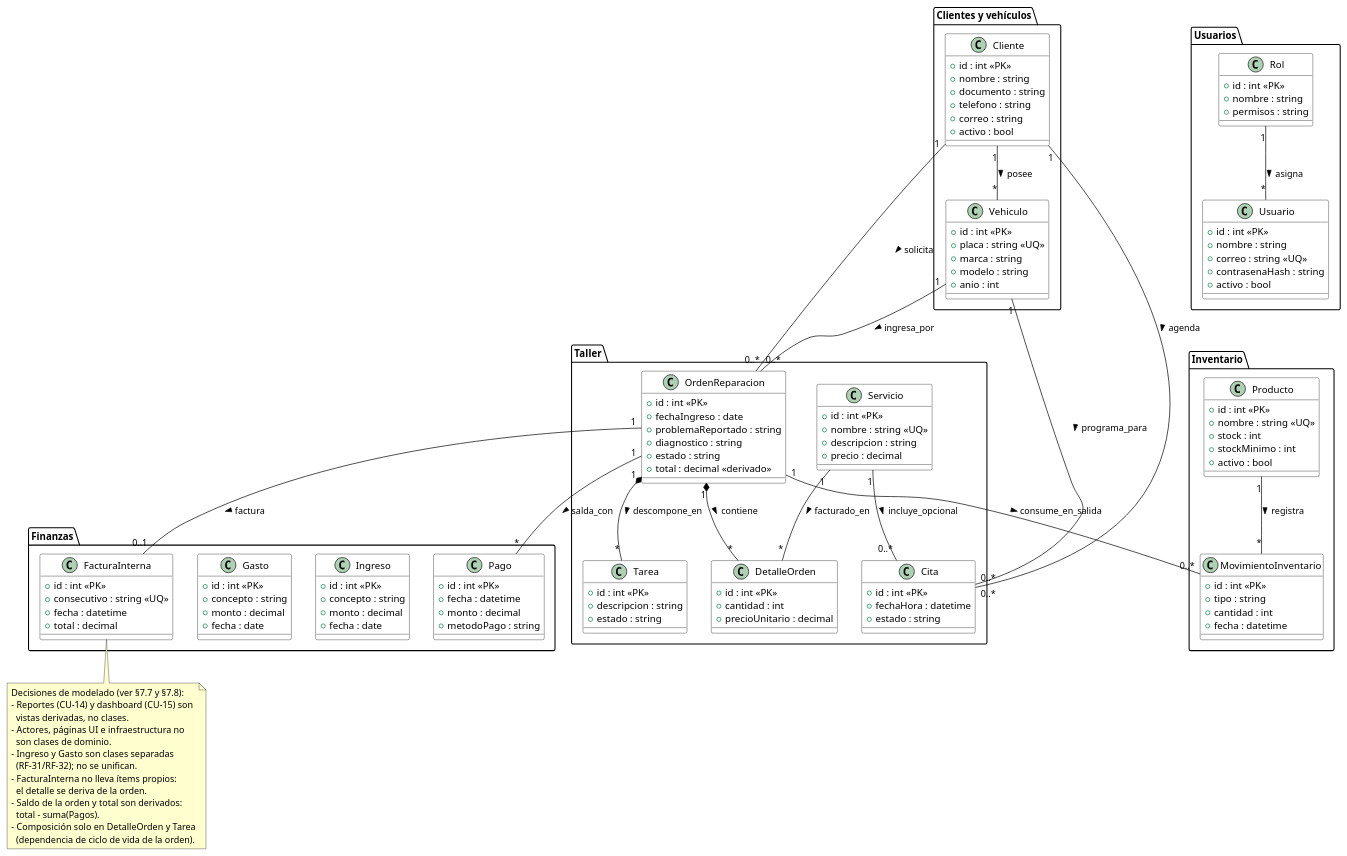
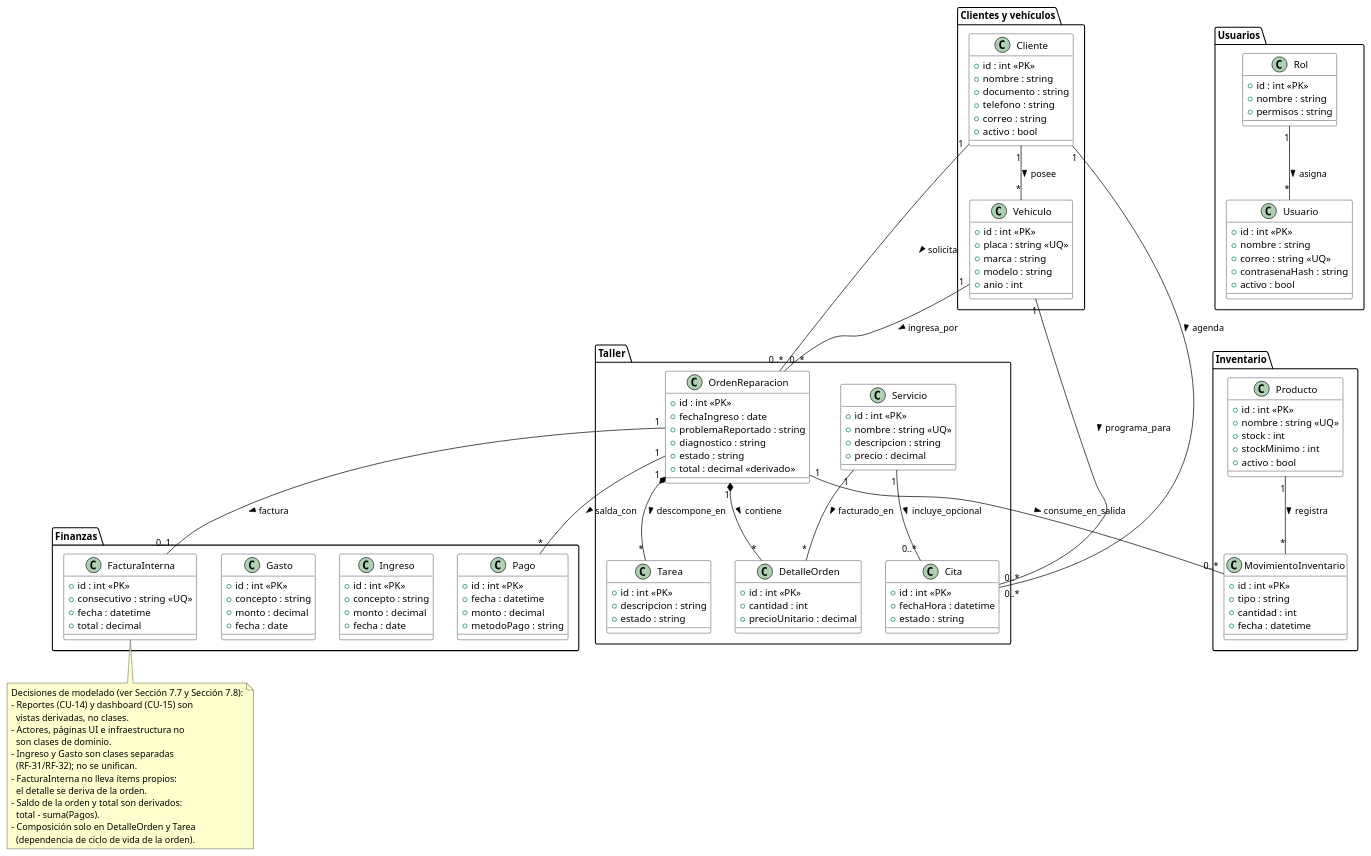
Before and after one commit to santty1906/TalleresPro: the diagram in Fase 1/diagrama_clases.puml, drawn with PlantUML. The commit also changed 22 other files, not shown here.

```diff
--- a/Fase 1/diagrama_clases.puml
+++ b/Fase 1/diagrama_clases.puml
@@ -1,190 +1,190 @@
 @startuml TalleresPro - Modelo de clases (Fase 1)
 ' ============================================================
 ' TalleresPro - Fase 1, Deliverable 7: Modelo de clases
 ' Fuente normativa del diagrama UML de clases.
 ' Formato: PlantUML. Ver "Fase 1/README_Fase_1.md", sección 7.
 ' Cómo visualizar: abrir este archivo con la extensión PlantUML
 ' de VS Code, o pegarlo en https://www.plantuml.com/plantuml/uml/
 ' No se incluye imagen generada; este archivo .puml es la fuente.
 ' El diccionario completo de atributos y restricciones está en
 ' la sección 7 del documento; el diagrama muestra solo lo
 ' esencial para mantener la legibilidad.
 ' ============================================================
 
 skinparam class {
   BackgroundColor white
   BorderColor black
   ArrowColor black
 }
 skinparam package {
   BorderColor black
 }
 skinparam note {
   BackgroundColor #FEFECE
 }
 
 package "Usuarios" {
   class Rol {
     +id : int <<PK>>
     +nombre : string
     +permisos : string
   }
   class Usuario {
     +id : int <<PK>>
     +nombre : string
     +correo : string <<UQ>>
     +contrasenaHash : string
     +activo : bool
   }
 }
 
 package "Clientes y vehículos" {
   class Cliente {
     +id : int <<PK>>
     +nombre : string
     +documento : string
     +telefono : string
     +correo : string
     +activo : bool
   }
   class Vehiculo {
     +id : int <<PK>>
     +placa : string <<UQ>>
     +marca : string
     +modelo : string
     +anio : int
   }
 }
 
 package "Taller" {
   class Servicio {
     +id : int <<PK>>
     +nombre : string <<UQ>>
     +descripcion : string
     +precio : decimal
   }
   class OrdenReparacion {
     +id : int <<PK>>
     +fechaIngreso : date
     +problemaReportado : string
     +diagnostico : string
     +estado : string
     +total : decimal <<derivado>>
   }
   class DetalleOrden {
     +id : int <<PK>>
     +cantidad : int
     +precioUnitario : decimal
   }
   class Tarea {
     +id : int <<PK>>
     +descripcion : string
     +estado : string
   }
   class Cita {
     +id : int <<PK>>
     +fechaHora : datetime
     +estado : string
   }
 }
 
 package "Inventario" {
   class Producto {
     +id : int <<PK>>
     +nombre : string <<UQ>>
     +stock : int
     +stockMinimo : int
     +activo : bool
   }
   class MovimientoInventario {
     +id : int <<PK>>
     +tipo : string
     +cantidad : int
     +fecha : datetime
   }
 }
 
 package "Finanzas" {
   class Pago {
     +id : int <<PK>>
     +fecha : datetime
     +monto : decimal
     +metodoPago : string
   }
   class Ingreso {
     +id : int <<PK>>
     +concepto : string
     +monto : decimal
     +fecha : date
   }
   class Gasto {
     +id : int <<PK>>
     +concepto : string
     +monto : decimal
     +fecha : date
   }
   class FacturaInterna {
     +id : int <<PK>>
     +consecutivo : string <<UQ>>
     +fecha : datetime
     +total : decimal
   }
 }
 
 ' ---- Relaciones ----
 ' Usuarios: cada usuario tiene exactamente un rol (RF-01/RF-03, CU-02).
 Rol "1" -- "*" Usuario : asigna >
 
 ' Clientes y vehículos (RF-09 a RF-12, CU-03/CU-04).
 Cliente "1" -- "*" Vehiculo : posee >
 
 ' Orden: referencia a su cliente y a su vehículo (RF-14, CU-07).
-' Invariante documentado en §7.6: el vehículo de la orden debe
-' pertenecer al cliente de la orden (por confirmar, ver §7.8).
+' Invariante documentado en Sección 7.6: el vehículo de la orden debe
+' pertenecer al cliente de la orden (por confirmar, ver Sección 7.8).
 Cliente "1" -- "0..*" OrdenReparacion : solicita >
 Vehiculo "1" -- "0..*" OrdenReparacion : ingresa_por >
 
 ' Servicios de la orden mediante línea de detalle (CU-07).
 ' Composición: el detalle no tiene sentido sin su orden.
 OrdenReparacion "1" *-- "*" DetalleOrden : contiene >
 Servicio "1" -- "*" DetalleOrden : facturado_en >
 
 ' Tareas de la reparación (RF-16, CU-08).
 ' Composición: la tarea pertenece a una sola orden.
 OrdenReparacion "1" *-- "*" Tarea : descompone_en >
 
 ' Citas (RF-26 a RF-28, CU-06). El servicio es opcional.
 Cliente "1" -- "0..*" Cita : agenda >
 Vehiculo "1" -- "0..*" Cita : programa_para >
 Servicio "1" -- "0..*" Cita : incluye_opcional >
 
 ' Inventario (RF-19 a RF-23, CU-09/CU-10).
 ' Asociación simple (no composición): los movimientos son
 ' histórico y no se eliminan con el producto.
 Producto "1" -- "*" MovimientoInventario : registra >
 ' Salida opcionalmente asociada a una orden (Escenario 5).
 OrdenReparacion "1" -- "0..*" MovimientoInventario : consume_en_salida >
 
 ' Finanzas de la orden (RF-29/RF-30/RF-33, CU-11/CU-13).
 OrdenReparacion "1" -- "*" Pago : salda_con >
 ' Como máximo una factura interna por orden (supuesto por
-' confirmar, ver §7.8).
+' confirmar, ver Sección 7.8).
 OrdenReparacion "1" -- "0..1" FacturaInterna : factura >
 
 note bottom of FacturaInterna
-  Decisiones de modelado (ver §7.7 y §7.8):
+  Decisiones de modelado (ver Sección 7.7 y Sección 7.8):
   - Reportes (CU-14) y dashboard (CU-15) son
     vistas derivadas, no clases.
   - Actores, páginas UI e infraestructura no
     son clases de dominio.
   - Ingreso y Gasto son clases separadas
     (RF-31/RF-32); no se unifican.
   - FacturaInterna no lleva ítems propios:
     el detalle se deriva de la orden.
   - Saldo de la orden y total son derivados:
     total - suma(Pagos).
   - Composición solo en DetalleOrden y Tarea
     (dependencia de ciclo de vida de la orden).
 end note
 
 @enduml
```
